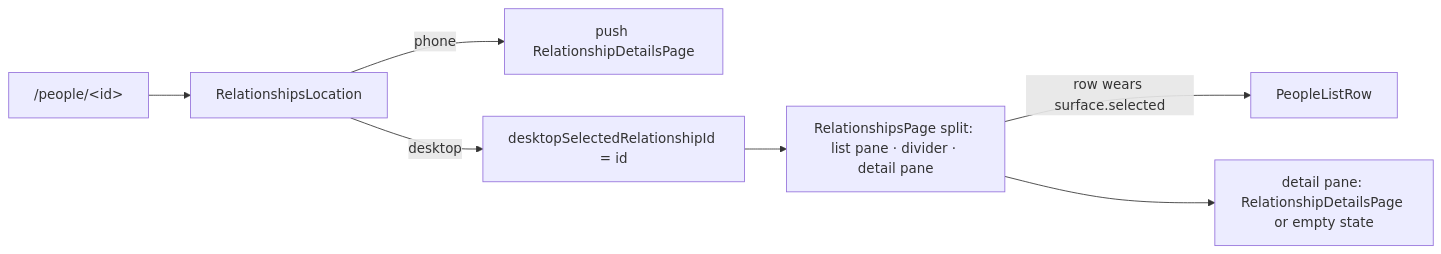
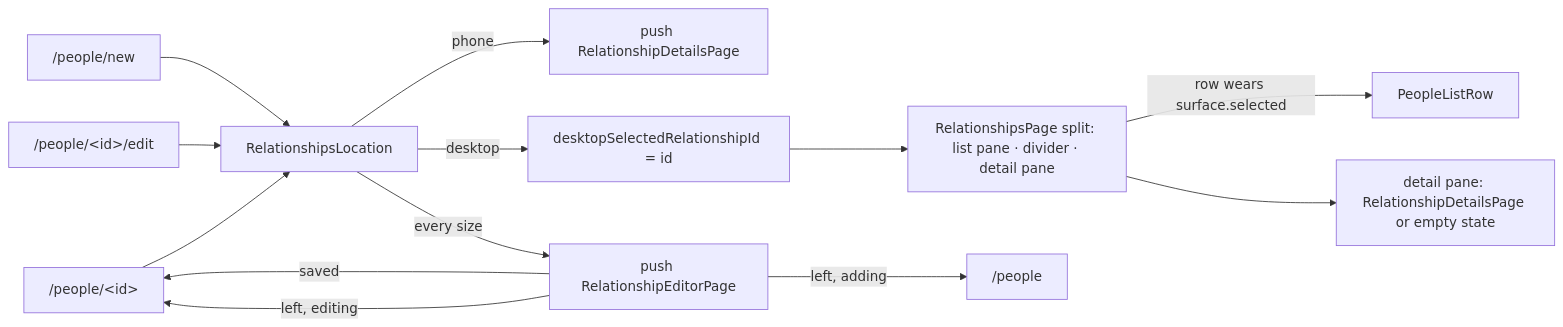
The third of 20 diagrams in knowledge/features/relationships.md (matthiasn/lotti), drawn with Mermaid before and after one commit. The commit also changed other lines of this file and 30 other files, not shown here.

First line of the commit message:
feat(people): the person editor is a page in the goal editor's container

````diff
--- a/knowledge/features/relationships.md
+++ b/knowledge/features/relationships.md
@@ -708,9 +729,15 @@
 ```mermaid
 flowchart LR
   URL["/people/&lt;id&gt;"] --> Loc[RelationshipsLocation]
   Loc -->|phone| Push[push RelationshipDetailsPage]
   Loc -->|desktop| Sel[desktopSelectedRelationshipId = id]
   Sel --> Split[RelationshipsPage split: list pane · divider · detail pane]
   Split -->|row wears surface.selected| Row[PeopleListRow]
   Split --> Pane[detail pane: RelationshipDetailsPage or empty state]
+  New["/people/new"] --> Loc
+  Edit["/people/&lt;id&gt;/edit"] --> Loc
+  Loc -->|every size| Editor[push RelationshipEditorPage]
+  Editor -->|saved| URL
+  Editor -->|left, editing| URL
+  Editor -->|left, adding| List["/people"]
 ```
````
